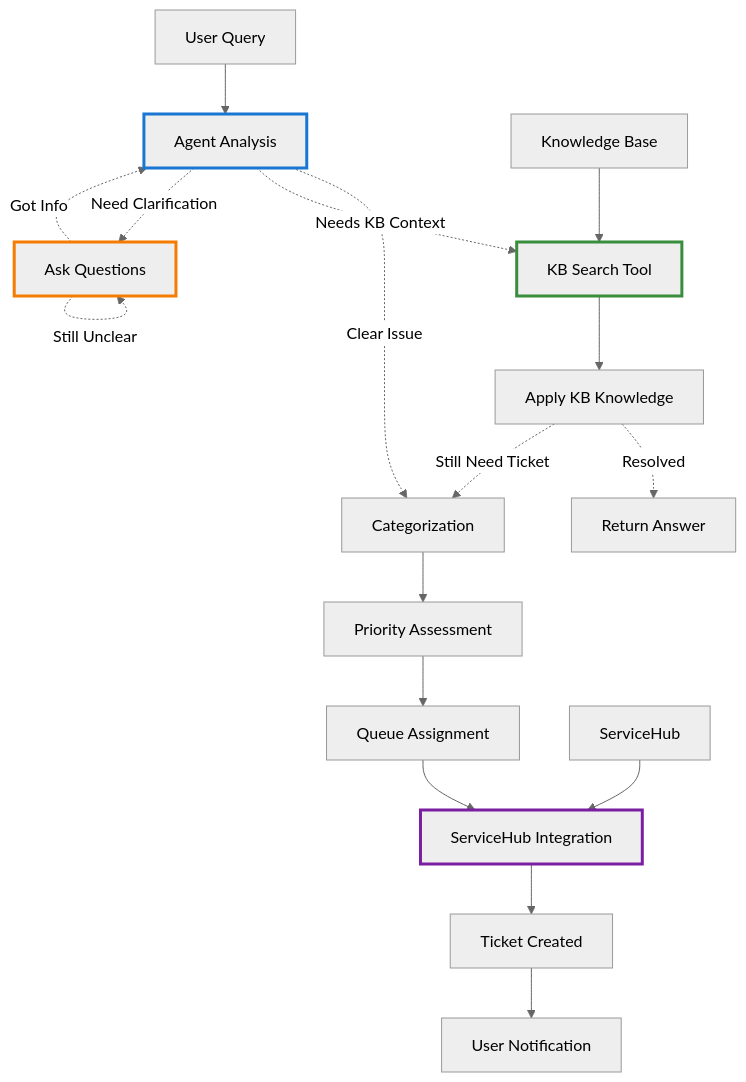
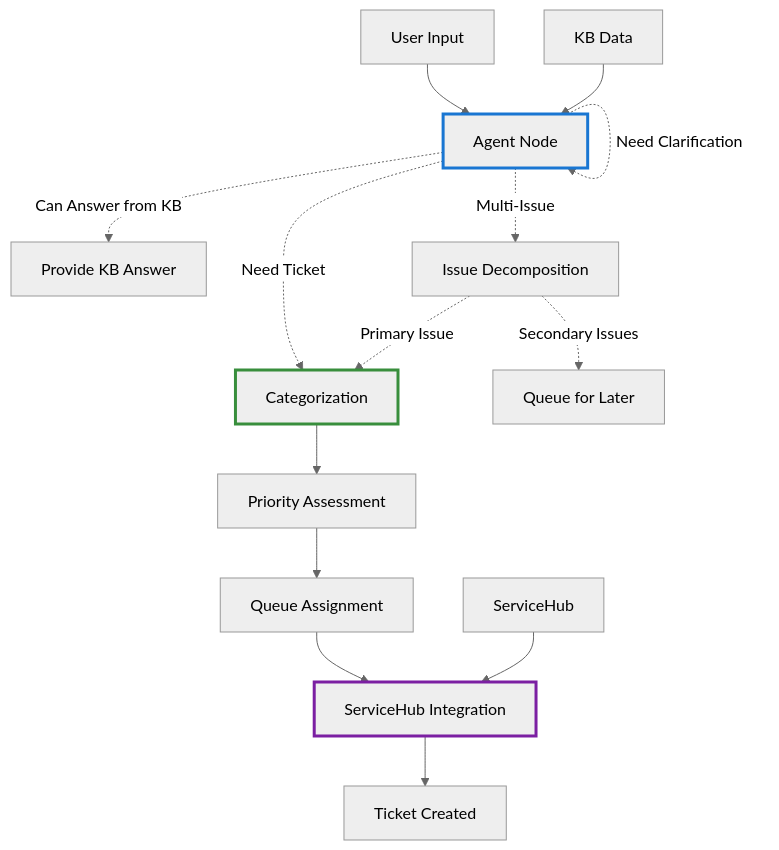
The first of 5 diagrams in README.md (dextersjab/agentic-workbench-langgraph), drawn with Mermaid (neutral theme) before and after one commit. The commit also changed other lines of this file, not shown here.

Commit message:
remove kb search step

````diff
--- a/README.md
+++ b/README.md
@@ -42,28 +42,23 @@
 ```mermaid
 graph TD
-    A[User Query] --> B[Agent Analysis]
-    B -.->|Clear Issue| C[Categorization]
-    B -.->|Needs KB Context| D[KB Search Tool]
-    B -.->|Need Clarification| E[Ask Questions]
+    A[User Input] --> B[Agent Node]
+    B -.->|Need Clarification| B
+    B -.->|Can Answer from KB| C[Provide KB Answer]
+    B -.->|Need Ticket| D[Categorization]
+    B -.->|Multi-Issue| E[Issue Decomposition]
     
-    D --> F[Apply KB Knowledge]
-    F -.->|Resolved| G[Return Answer] 
-    F -.->|Still Need Ticket| C
+    E -.->|Primary Issue| D
+    E -.->|Secondary Issues| F[Queue for Later]
     
-    E -.->|Got Info| B
-    E -.->|Still Unclear| E
+    D --> G[Priority Assessment]
+    G --> H[Queue Assignment]
+    H --> I[ServiceHub Integration]
+    I --> J[Ticket Created]
     
-    C --> H[Priority Assessment]
-    H --> I[Queue Assignment] 
-    I --> J[ServiceHub Integration]
-    J --> K[Ticket Created]
-    K --> L[User Notification]
-    
-    M[ServiceHub] --> J
-    N[Knowledge Base] --> D
+    K[KB Data] --> B
+    L[ServiceHub] --> I
     
     style B stroke:#1976d2,stroke-width:3px
     style D stroke:#388e3c,stroke-width:3px
-    style E stroke:#f57c00,stroke-width:3px
-    style J stroke:#7b1fa2,stroke-width:3px
+    style I stroke:#7b1fa2,stroke-width:3px
 ```
````
